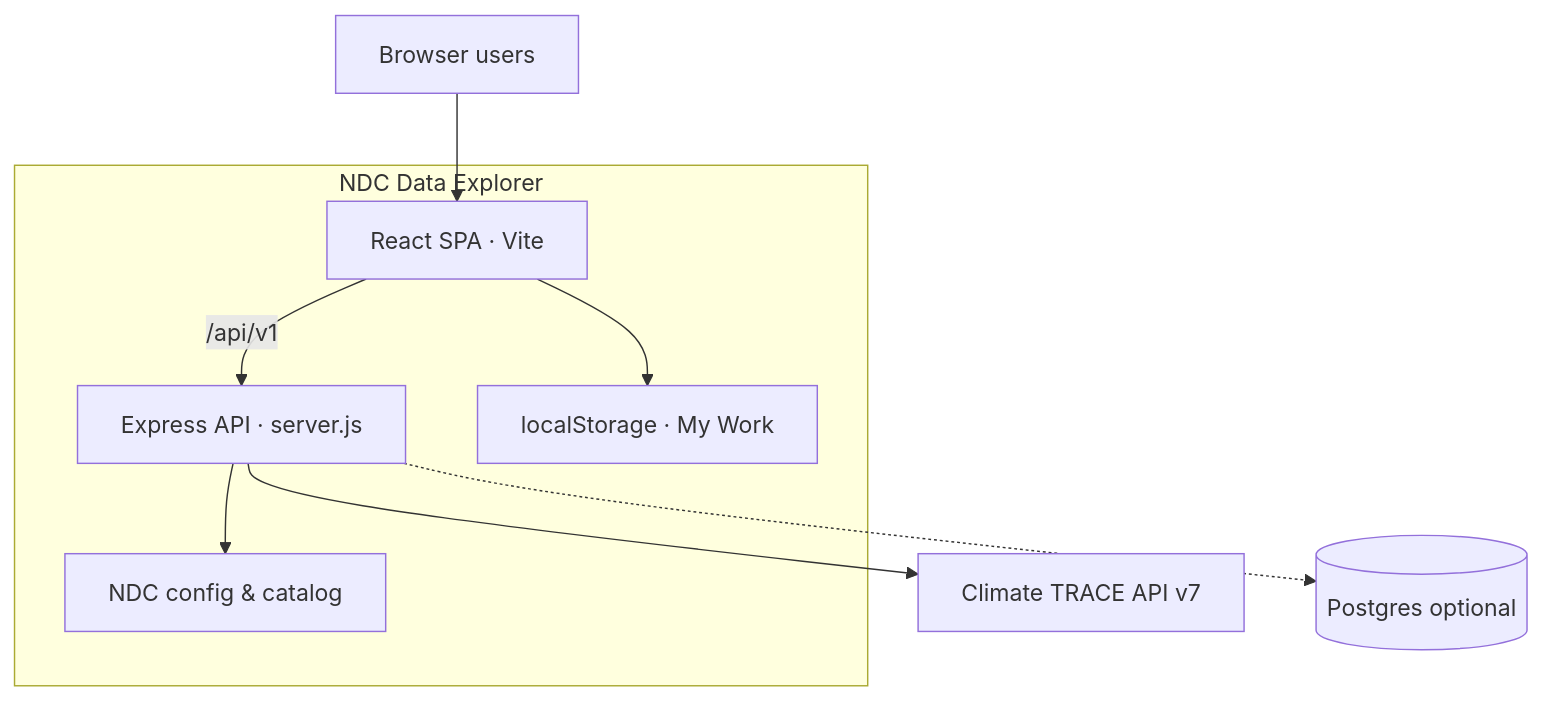
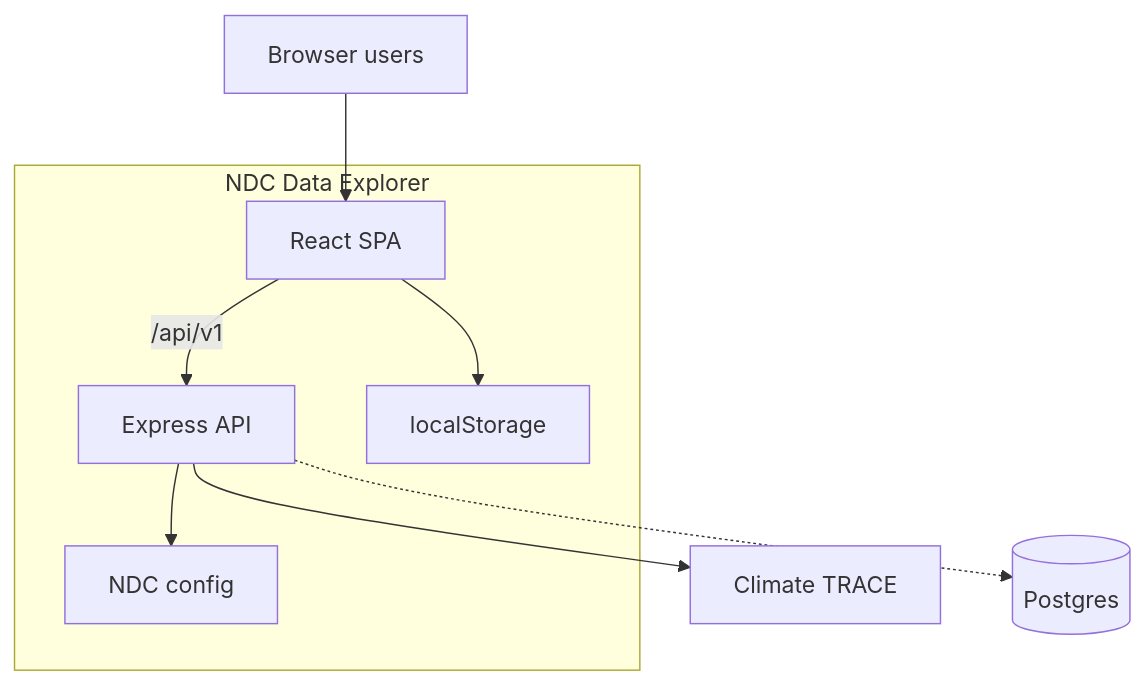
One commit to tseten14/NDC-Dashboard changed the first of 10 diagrams in docs/SYSTEM_DESIGN.md. Above: the diagram before and after it, drawn with Mermaid. The commit also changed other lines of this file and 2 other files, not shown here.

First line of the commit message:
Fix system design Mermaid labels so text stays inside node boxes.

````diff
--- a/docs/SYSTEM_DESIGN.md
+++ b/docs/SYSTEM_DESIGN.md
@@ -26,21 +26,21 @@
 ```mermaid
 flowchart TB
   U[Browser users]
 
-  subgraph App["NDC Data Explorer"]
-    FE[React SPA · Vite]
-    API[Express API · server.js]
-    CFG[NDC config & catalog]
-    LS[localStorage · My Work]
+  subgraph App[NDC Data Explorer]
+    FE[React SPA]
+    API[Express API]
+    CFG[NDC config]
+    LS[localStorage]
   end
 
-  CT[Climate TRACE API v7]
-  PG[(Postgres optional)]
+  CT[Climate TRACE]
+  PG[(Postgres)]
 
   U --> FE
   FE -->|/api/v1| API
   API --> CT
   API --> CFG
   API -.-> PG
   FE --> LS
 ```
````
